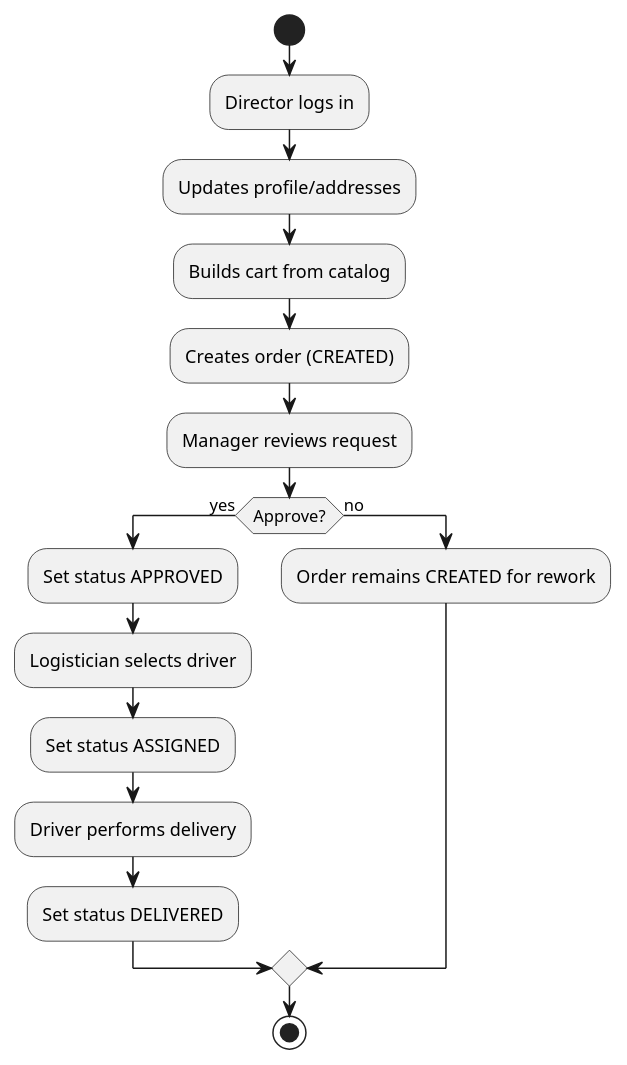
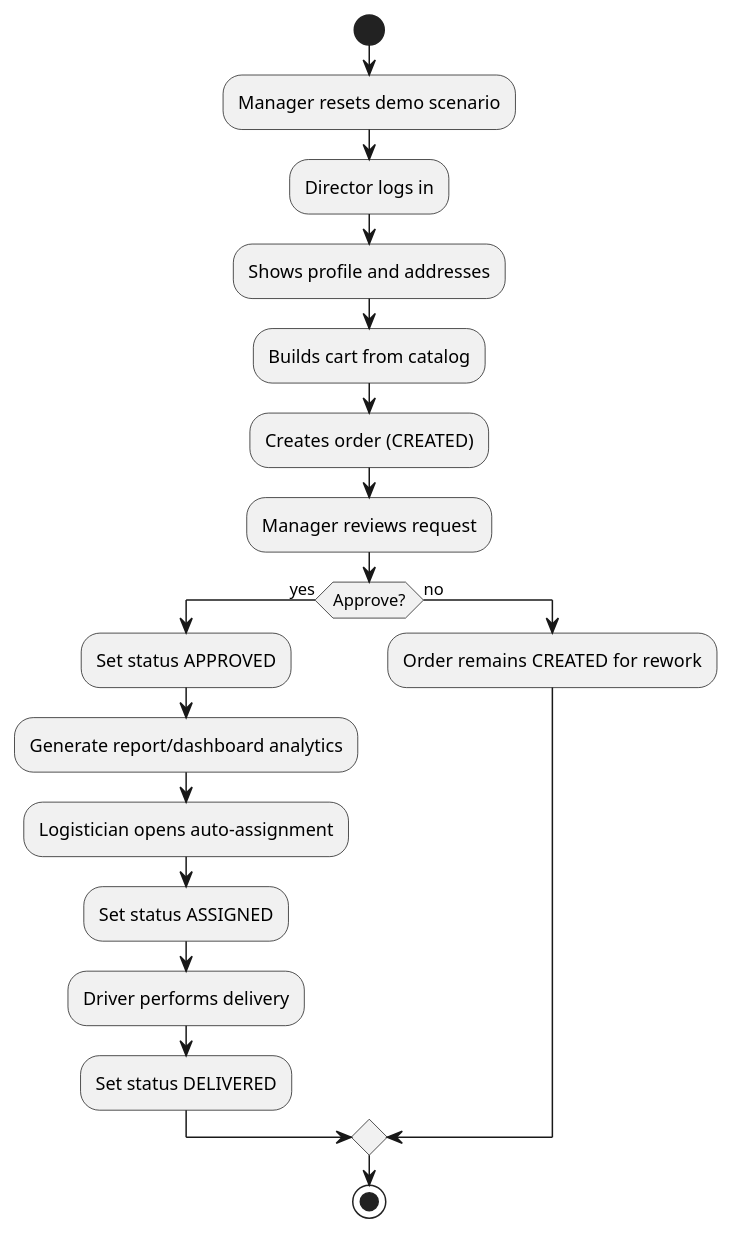
Before and after one commit to mkmacupe/farmer: the diagram in docs/diagrams/activity.puml, drawn with PlantUML. The commit also changed 19 other files, not shown here.

Commit message:
Add defense demo reset flow and docs

```diff
--- a/docs/diagrams/activity.puml
+++ b/docs/diagrams/activity.puml
@@ -1,19 +1,21 @@
 @startuml
 start
+:Manager resets demo scenario;
 :Director logs in;
-:Updates profile/addresses;
+:Shows profile and addresses;
 :Builds cart from catalog;
 :Creates order (CREATED);
 
 :Manager reviews request;
 if (Approve?) then (yes)
   :Set status APPROVED;
-  :Logistician selects driver;
+  :Generate report/dashboard analytics;
+  :Logistician opens auto-assignment;
   :Set status ASSIGNED;
   :Driver performs delivery;
   :Set status DELIVERED;
 else (no)
   :Order remains CREATED for rework;
 endif
 stop
 @enduml
```
